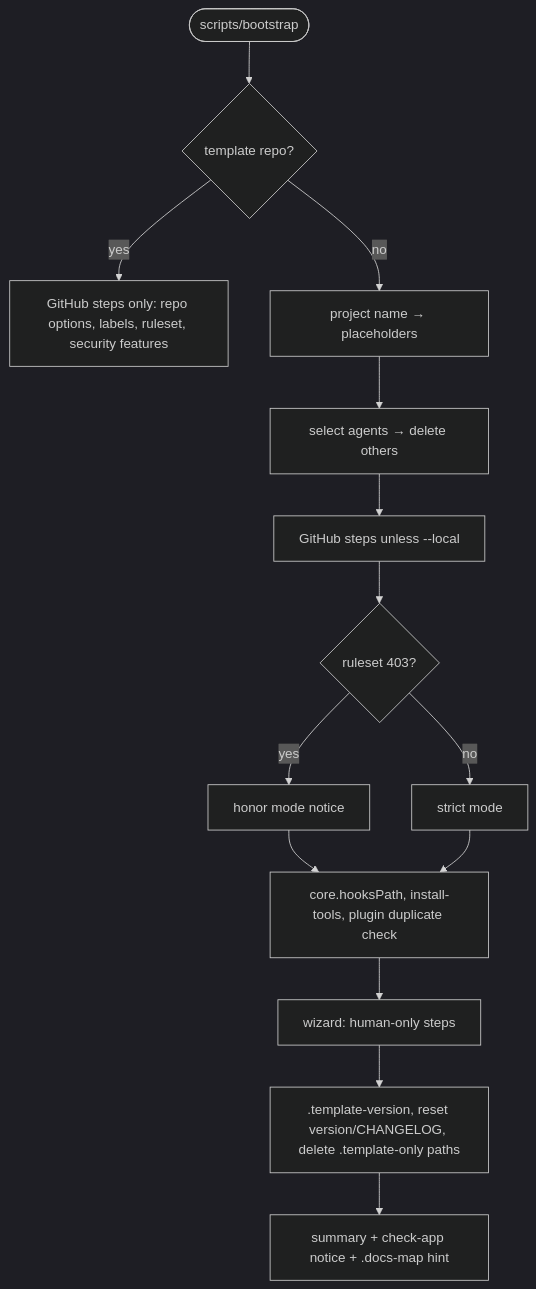
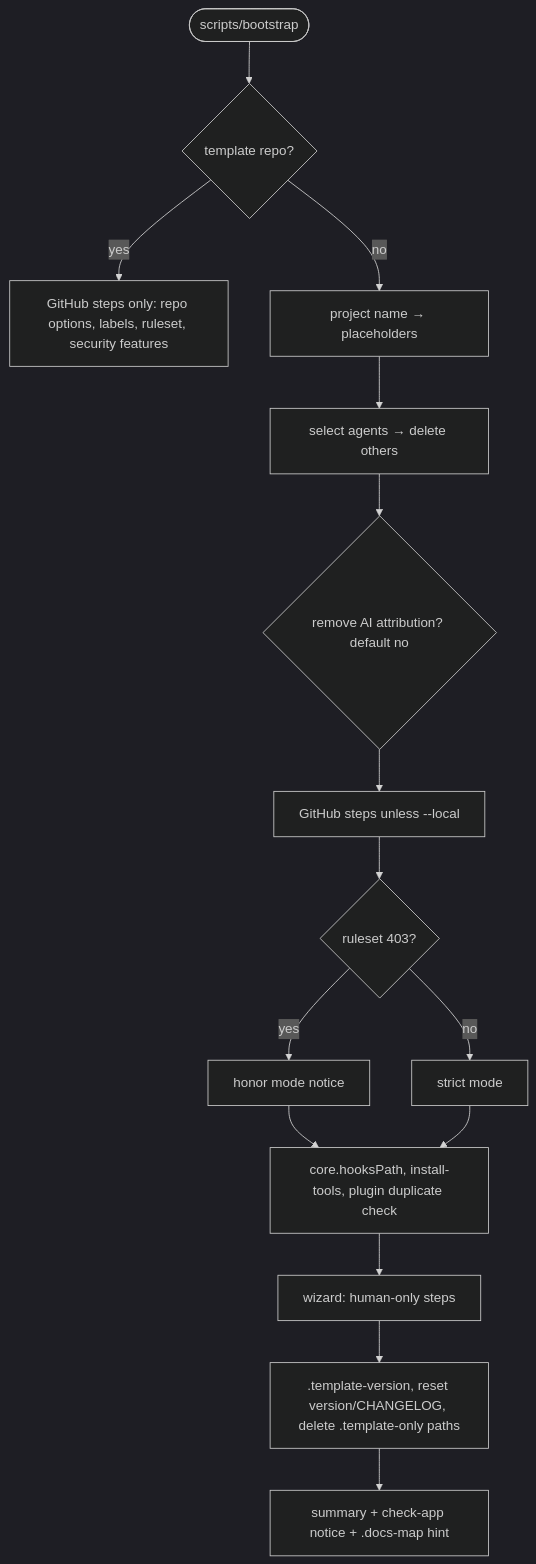
The third of 3 diagrams in specs/changes/1-bootstrap-template/design.md (balazsvrg/solo-harness), drawn with Mermaid (dark theme) before and after one commit. The commit also changed other lines of this file and 2 other files, not shown here.

Commit message:
docs(specs): add AI-attribution question to bootstrap
Bootstrap asks whether agents should stop adding AI attribution to
commits and PRs (default: keep). The template repo keeps it. New
criterion AC-1-40.

````diff
--- a/specs/changes/1-bootstrap-template/design.md
+++ b/specs/changes/1-bootstrap-template/design.md
@@ -138,16 +138,17 @@
 ```mermaid
 flowchart TD
   start([scripts/bootstrap]) --> mode{template repo?}
   mode -- yes --> gh[GitHub steps only: repo options, labels, ruleset, security features]
   mode -- no --> name[project name → placeholders]
   name --> agents[select agents → delete others]
-  agents --> gh2[GitHub steps unless --local]
+  agents --> attr{remove AI attribution? default no}
+  attr --> gh2[GitHub steps unless --local]
   gh2 --> rs{ruleset 403?}
   rs -- yes --> honor[honor mode notice]
   rs -- no --> strict[strict mode]
   honor --> local
   strict --> local[core.hooksPath, install-tools, plugin duplicate check]
   local --> human[wizard: human-only steps]
   human --> clean[.template-version, reset version/CHANGELOG, delete .template-only paths]
   clean --> summary[summary + check-app notice + .docs-map hint]
 ```
````
